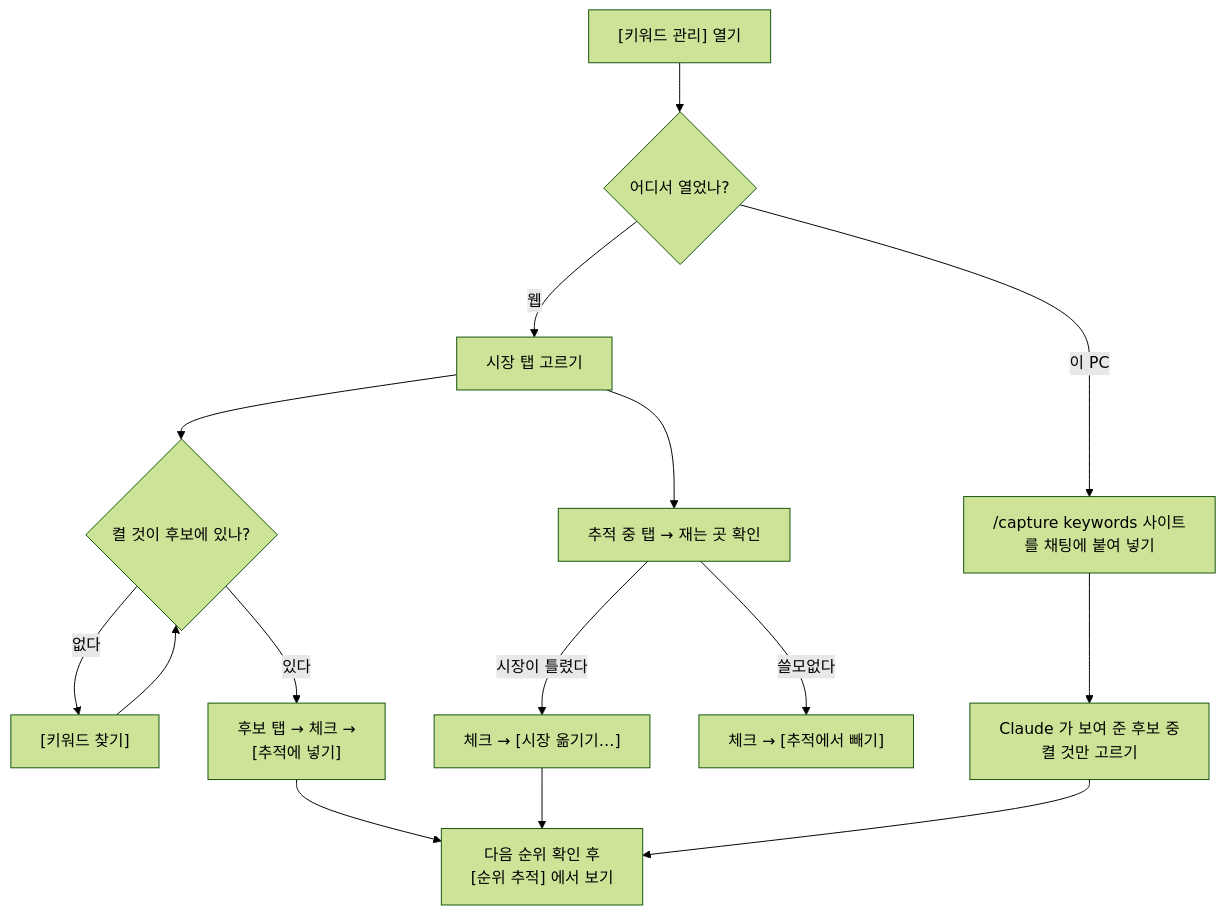
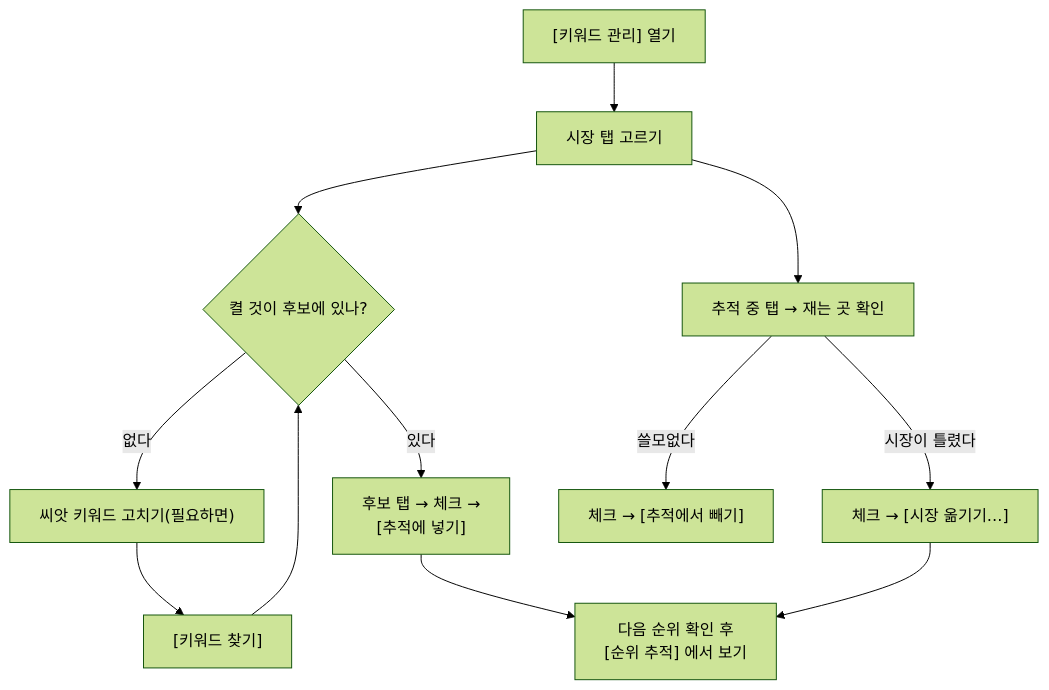
One commit to seanjr2847/seo-miner changed the diagram in docs/screens/kwmanage.md. Above: the diagram before and after it, drawn with Mermaid (forest theme). The commit also changed other lines of this file and 49 other files, not shown here.

````diff
--- a/docs/screens/kwmanage.md
+++ b/docs/screens/kwmanage.md
@@ -85,17 +81,14 @@
 ```mermaid
 flowchart TD
-  A["[키워드 관리] 열기"] --> W{"어디서 열었나?"}
-  W -->|"웹"| B["시장 탭 고르기"]
+  A["[키워드 관리] 열기"] --> B["시장 탭 고르기"]
   B --> C{"켤 것이 후보에 있나?"}
-  C -->|"없다"| D["[키워드 찾기]"]
+  C -->|"없다"| S["씨앗 키워드 고치기(필요하면)"]
+  S --> D["[키워드 찾기]"]
   D --> C
   C -->|"있다"| E["후보 탭 → 체크 →<br/>[추적에 넣기]"]
   B --> F["추적 중 탭 → 재는 곳 확인"]
   F -->|"시장이 틀렸다"| G["체크 → [시장 옮기기…]"]
   F -->|"쓸모없다"| H["체크 → [추적에서 빼기]"]
-  W -->|"이 PC"| L["/capture keywords 사이트<br/>를 채팅에 붙여 넣기"]
-  L --> M["Claude 가 보여 준 후보 중<br/>켤 것만 고르기"]
   E --> R["다음 순위 확인 후<br/>[순위 추적] 에서 보기"]
   G --> R
-  M --> R
 ```
````
